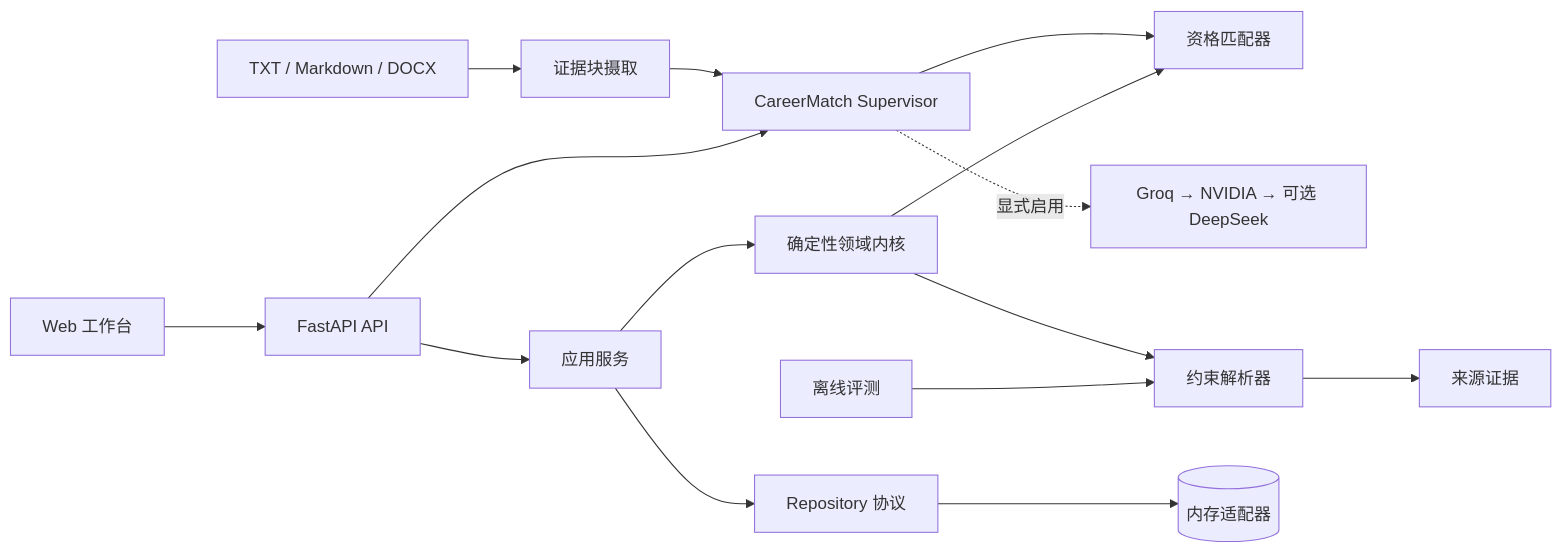
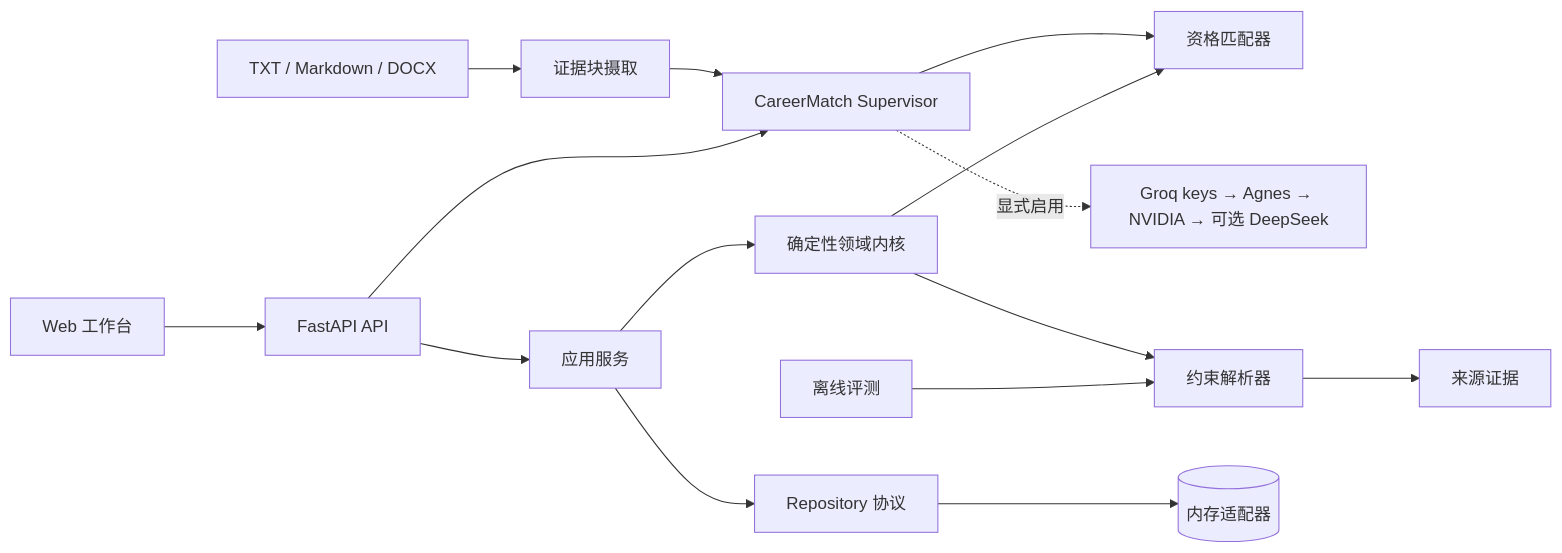
Before and after one commit to eulermonica6-hub/Lina_Agent: the diagram in README.md, drawn with Mermaid. The commit also changed other lines of this file and 12 other files, not shown here.

````diff
--- a/README.md
+++ b/README.md
@@ -49,17 +49,17 @@
 ```mermaid
 flowchart LR
     FILE[TXT / Markdown / DOCX] --> INGEST[证据块摄取]
     INGEST --> AGENT[CareerMatch Supervisor]
     AGENT --> MATCHER[技能证据排序]
-    AGENT -. 显式启用 .-> LLM[Groq → NVIDIA → 可选 DeepSeek]
+    AGENT -. 显式启用 .-> LLM[Groq keys → Agnes → NVIDIA → 可选 DeepSeek]
     UI[Web 工作台] --> API[FastAPI API]
     API --> APP[应用服务]
     APP --> REPO[Repository 协议]
     APP --> DOMAIN[确定性领域内核]
     DOMAIN --> PARSER[约束解析器]
     DOMAIN --> MATCHER[资格匹配器]
     PARSER --> EVIDENCE[来源证据]
     EVAL[离线评测] --> PARSER
     REPO --> MEMORY[(内存适配器)]
     API --> AGENT
 ```
````
